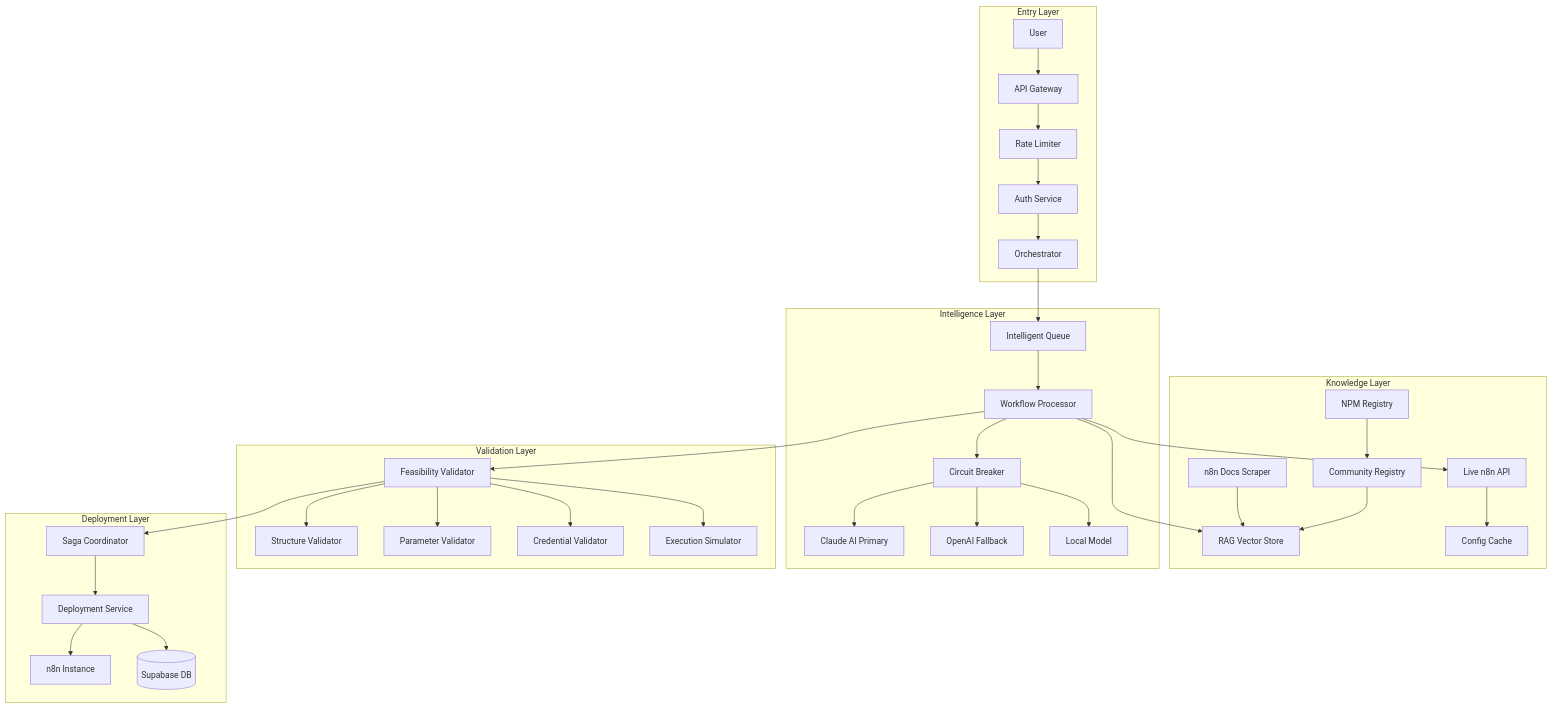
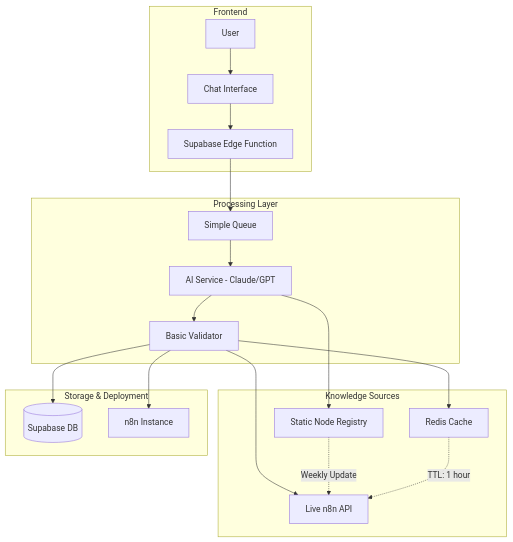
One commit to intelogroup/clixen-16ace7b7 changed the diagram in docs/COMPLETE_N8N_WORKFLOW_GENERATION_ARCHITECTURE.md. Above: the diagram before and after it, drawn with Mermaid. The commit also changed other lines of this file, not shown here.

First line of the commit message:
refactor(architecture): simplify n8n workflow generation architecture for MVP

````diff
--- a/docs/COMPLETE_N8N_WORKFLOW_GENERATION_ARCHITECTURE.md
+++ b/docs/COMPLETE_N8N_WORKFLOW_GENERATION_ARCHITECTURE.md
@@ -36,69 +36,34 @@
 ```mermaid
 graph TB
-    subgraph "Entry Layer"
-        U[User] --> GW[API Gateway]
-        GW --> RL[Rate Limiter]
-        RL --> AUTH[Auth Service]
-        AUTH --> ORCH[Orchestrator]
+    subgraph "Frontend"
+        U[User] --> CHAT[Chat Interface]
+        CHAT --> API[Supabase Edge Function]
     end
     
-    subgraph "Knowledge Layer"
-        RAG[RAG Vector Store]
-        DOCS[n8n Docs Scraper]
-        COMM[Community Registry]
-        CACHE[Config Cache]
-        LIVE[Live n8n API]
-        NPM[NPM Registry]
+    subgraph "Processing Layer"
+        API --> QUEUE[Simple Queue]
+        QUEUE --> AI[AI Service - Claude/GPT]
+        AI --> VALIDATOR[Basic Validator]
     end
     
-    subgraph "Intelligence Layer"
-        IQ[Intelligent Queue]
-        WP[Workflow Processor]
-        CB[Circuit Breaker]
-        CLAUDE[Claude AI Primary]
-        GPT[OpenAI Fallback]
-        LOCAL[Local Model]
+    subgraph "Knowledge Sources"
+        STATIC[Static Node Registry]
+        LIVE[Live n8n API]
+        CACHE[Redis Cache]
     end
     
-    subgraph "Validation Layer"
-        FEAS[Feasibility Validator]
-        STRUCT[Structure Validator]
-        PARAM[Parameter Validator]
-        CRED[Credential Validator]
-        EXEC[Execution Simulator]
+    subgraph "Storage & Deployment"
+        DB[(Supabase DB)]
+        N8N[n8n Instance]
     end
     
-    subgraph "Deployment Layer"
-        SAGA[Saga Coordinator]
-        DEPLOY[Deployment Service]
-        N8N[n8n Instance]
-        DB[(Supabase DB)]
-    end
+    AI --> STATIC
+    VALIDATOR --> LIVE
+    VALIDATOR --> CACHE
     
-    ORCH --> IQ
-    IQ --> WP
+    VALIDATOR --> DB
+    VALIDATOR --> N8N
     
-    WP --> RAG
-    WP --> LIVE
-    WP --> CB
-    
-    CB --> CLAUDE
-    CB --> GPT
-    CB --> LOCAL
-    
-    WP --> FEAS
-    FEAS --> STRUCT
-    FEAS --> PARAM
-    FEAS --> CRED
-    FEAS --> EXEC
-    
-    FEAS --> SAGA
-    SAGA --> DEPLOY
-    DEPLOY --> N8N
-    DEPLOY --> DB
-    
-    DOCS --> RAG
-    COMM --> RAG
-    NPM --> COMM
-    LIVE --> CACHE
+    STATIC -.->|Weekly Update| LIVE
+    CACHE -.->|TTL: 1 hour| LIVE
 ```
````
